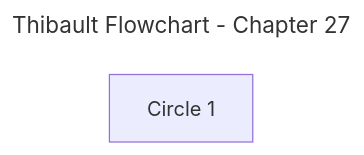
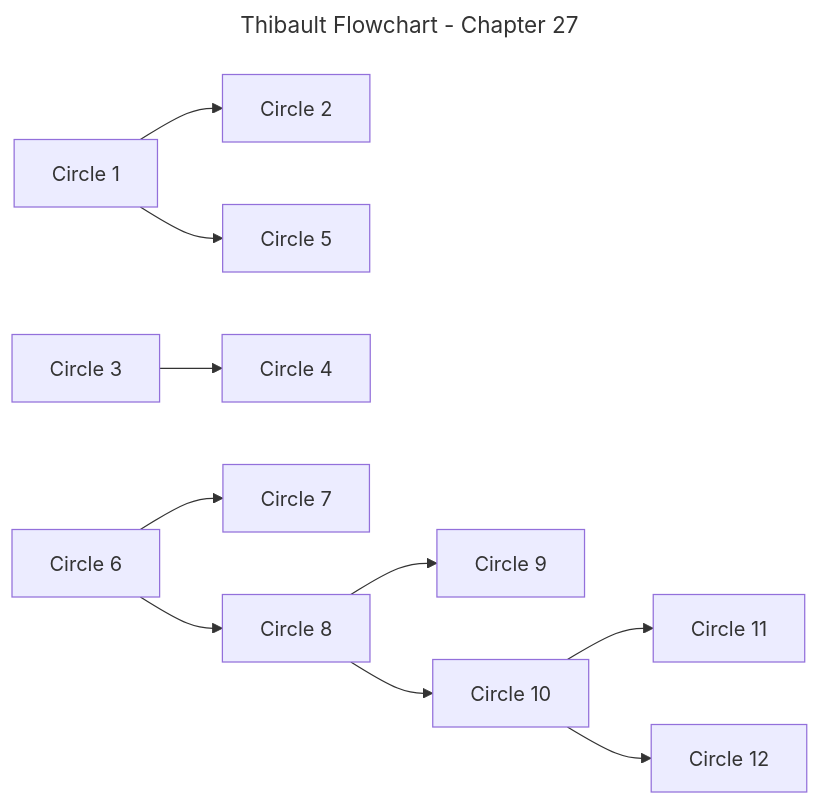
Before and after one commit to aquesnel/thibault-flowchart: the diagram in flowchart-per-chapter/chapter-27.mmd, drawn with Mermaid.

Commit message:
feat(ch27): initial flowchart of the circles

```diff
--- a/flowchart-per-chapter/chapter-27.mmd
+++ b/flowchart-per-chapter/chapter-27.mmd
@@ -1,10 +1,32 @@
 ---
 title: Thibault Flowchart - Chapter 27
 config:
   layout: dagre
   flowchart:
     htmlLabels: false
 ---
 flowchart LR
 	%% Nodes
 	B1_T27_C01["Circle 1"]
+	B1_T27_C02["Circle 2"]
+	B1_T27_C03["Circle 3"]
+	B1_T27_C04["Circle 4"]
+	B1_T27_C05["Circle 5"]
+	B1_T27_C06["Circle 6"]
+	B1_T27_C07["Circle 7"]
+	B1_T27_C08["Circle 8"]
+	B1_T27_C09["Circle 9"]
+	B1_T27_C10["Circle 10"]
+	B1_T27_C11["Circle 11"]
+	B1_T27_C12["Circle 12"]
+
+	%% Edges
+	B1_T27_C01 --> B1_T27_C02
+	B1_T27_C01 --> B1_T27_C05
+	B1_T27_C03 --> B1_T27_C04
+	B1_T27_C06 --> B1_T27_C07
+	B1_T27_C06 --> B1_T27_C08
+	B1_T27_C08 --> B1_T27_C09
+	B1_T27_C08 --> B1_T27_C10
+	B1_T27_C10 --> B1_T27_C11
+	B1_T27_C10 --> B1_T27_C12
```
